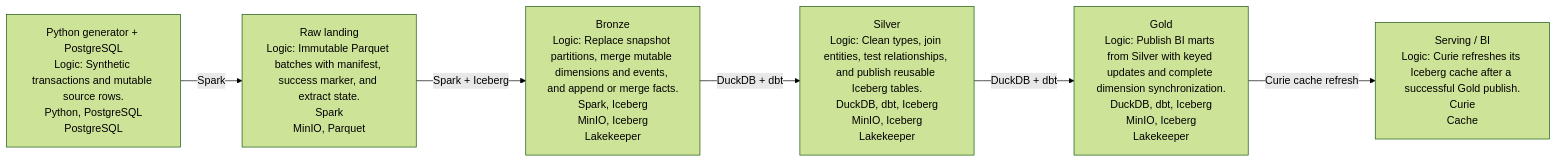
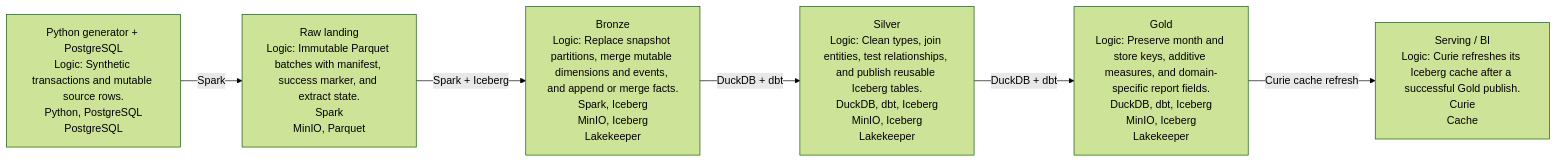
One commit to AntonMiniazev/ampere_project changed the diagram in docs/dataflow/diagrams/project_dataflow.mmd. Above: the diagram before and after it, drawn with Mermaid (forest theme). The commit also changed 38 other files, not shown here.

```diff
--- a/docs/dataflow/diagrams/project_dataflow.mmd
+++ b/docs/dataflow/diagrams/project_dataflow.mmd
@@ -1,13 +1,13 @@
 flowchart LR
     L_SOURCE["Python generator + PostgreSQL<br/>Logic: Synthetic transactions and mutable source rows.<br/>Python, PostgreSQL<br/>PostgreSQL"]
     L_RAW["Raw landing<br/>Logic: Immutable Parquet batches with manifest, success marker, and extract state.<br/>Spark<br/>MinIO, Parquet"]
     L_BRONZE["Bronze<br/>Logic: Replace snapshot partitions, merge mutable dimensions and events, and append or merge facts.<br/>Spark, Iceberg<br/>MinIO, Iceberg<br/>Lakekeeper"]
     L_SILVER["Silver<br/>Logic: Clean types, join entities, test relationships, and publish reusable Iceberg tables.<br/>DuckDB, dbt, Iceberg<br/>MinIO, Iceberg<br/>Lakekeeper"]
-    L_GOLD["Gold<br/>Logic: Publish BI marts from Silver with keyed updates and complete dimension synchronization.<br/>DuckDB, dbt, Iceberg<br/>MinIO, Iceberg<br/>Lakekeeper"]
+    L_GOLD["Gold<br/>Logic: Preserve month and store keys, additive measures, and domain-specific report fields.<br/>DuckDB, dbt, Iceberg<br/>MinIO, Iceberg<br/>Lakekeeper"]
     L_SERVING["Serving / BI<br/>Logic: Curie refreshes its Iceberg cache after a successful Gold publish.<br/>Curie<br/>Cache"]
 
     L_SOURCE -->|"Spark"| L_RAW
     L_RAW -->|"Spark + Iceberg"| L_BRONZE
     L_BRONZE -->|"DuckDB + dbt"| L_SILVER
     L_SILVER -->|"DuckDB + dbt"| L_GOLD
     L_GOLD -->|"Curie cache refresh"| L_SERVING
```
